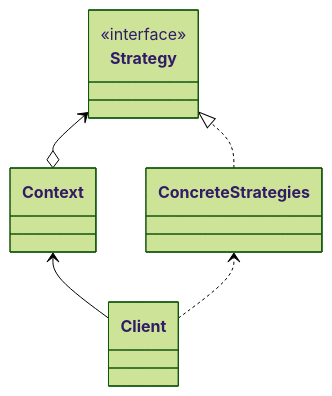
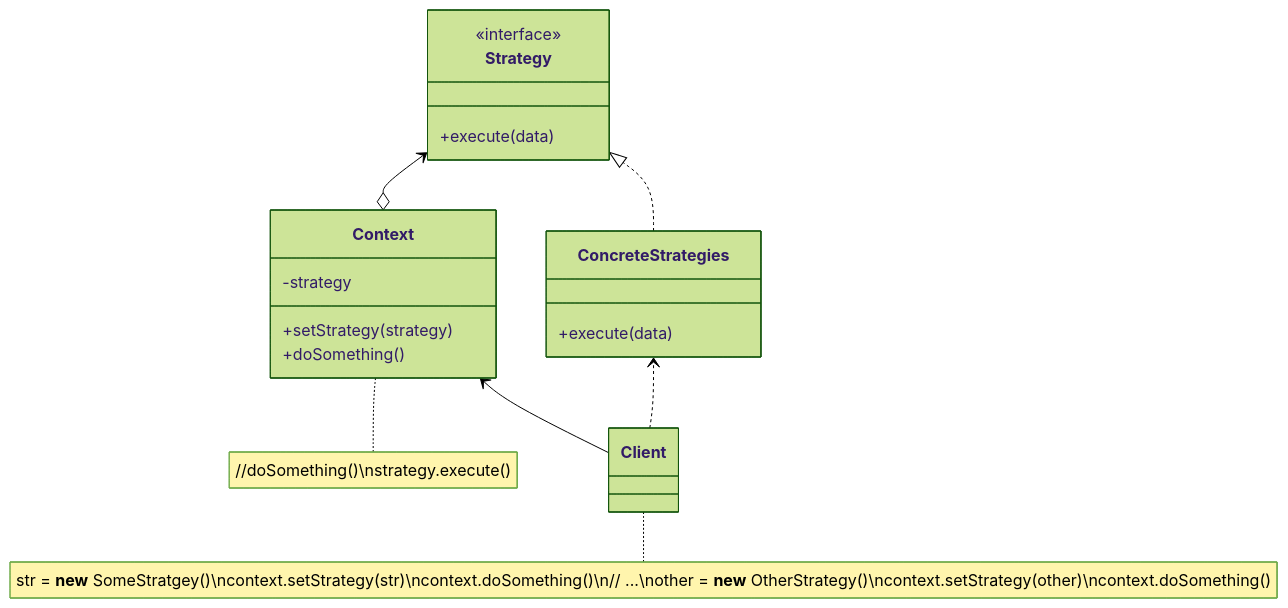
The tenth of 10 diagrams in docs/docs_03_designables_suppliment_01.md (corbeau217/cpp_opengl_vehicles), drawn with Mermaid (forest theme) before and after one commit. The commit also changed other lines of this file and 1 other file, not shown here.

Commit message:
completed the design pattern uml diagrams

````diff
--- a/docs/docs_03_designables_suppliment_01.md
+++ b/docs/docs_03_designables_suppliment_01.md
@@ -510,16 +617,25 @@
 ```mermaid
 classDiagram
     direction BT
 
     class Client
-    class ConcreteStrategies
-    class Context
+    class ConcreteStrategies {
+        +execute(data)
+    }
+    class Context {
+        -strategy
+        +setStrategy(strategy)
+        +doSomething()
+    }
     class Strategy{
         <<interface>>
+        +execute(data)
     }
+    note for Context "//doSomething()\nstrategy.execute()"
+    note for Client "str = <b>new</b> SomeStratgey()\ncontext.setStrategy(str)\ncontext.doSomething()\n// ...\nother = <b>new</b> OtherStrategy()\ncontext.setStrategy(other)\ncontext.doSomething()"
 
     Client ..> ConcreteStrategies
     Client --> Context
     Context o--> Strategy
     ConcreteStrategies ..|> Strategy
 ```
````
